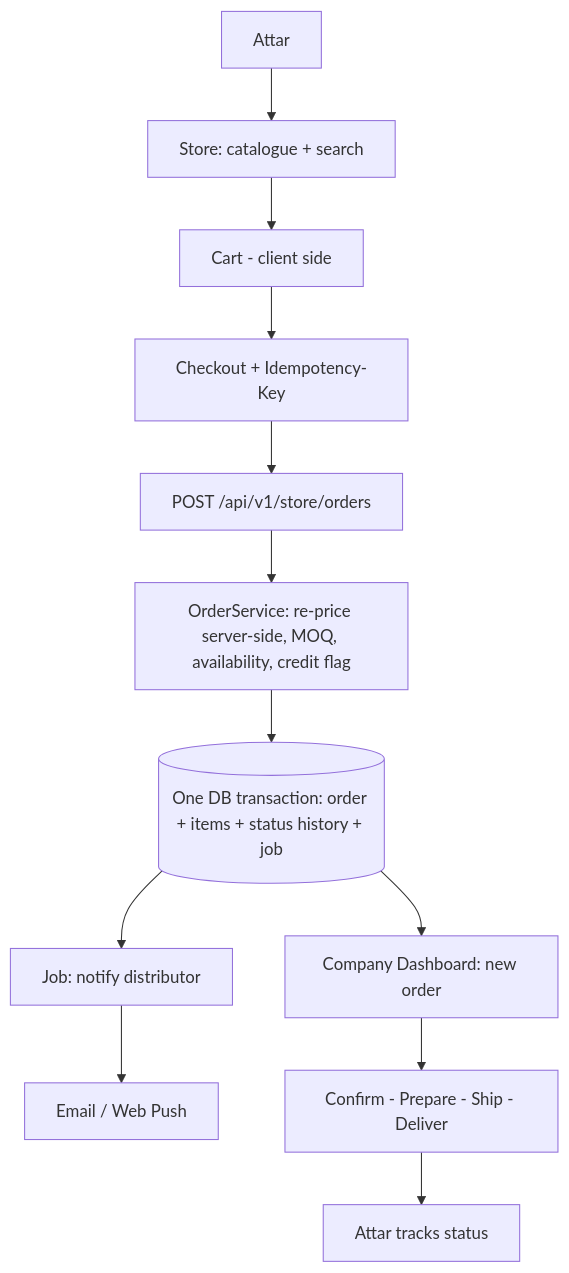
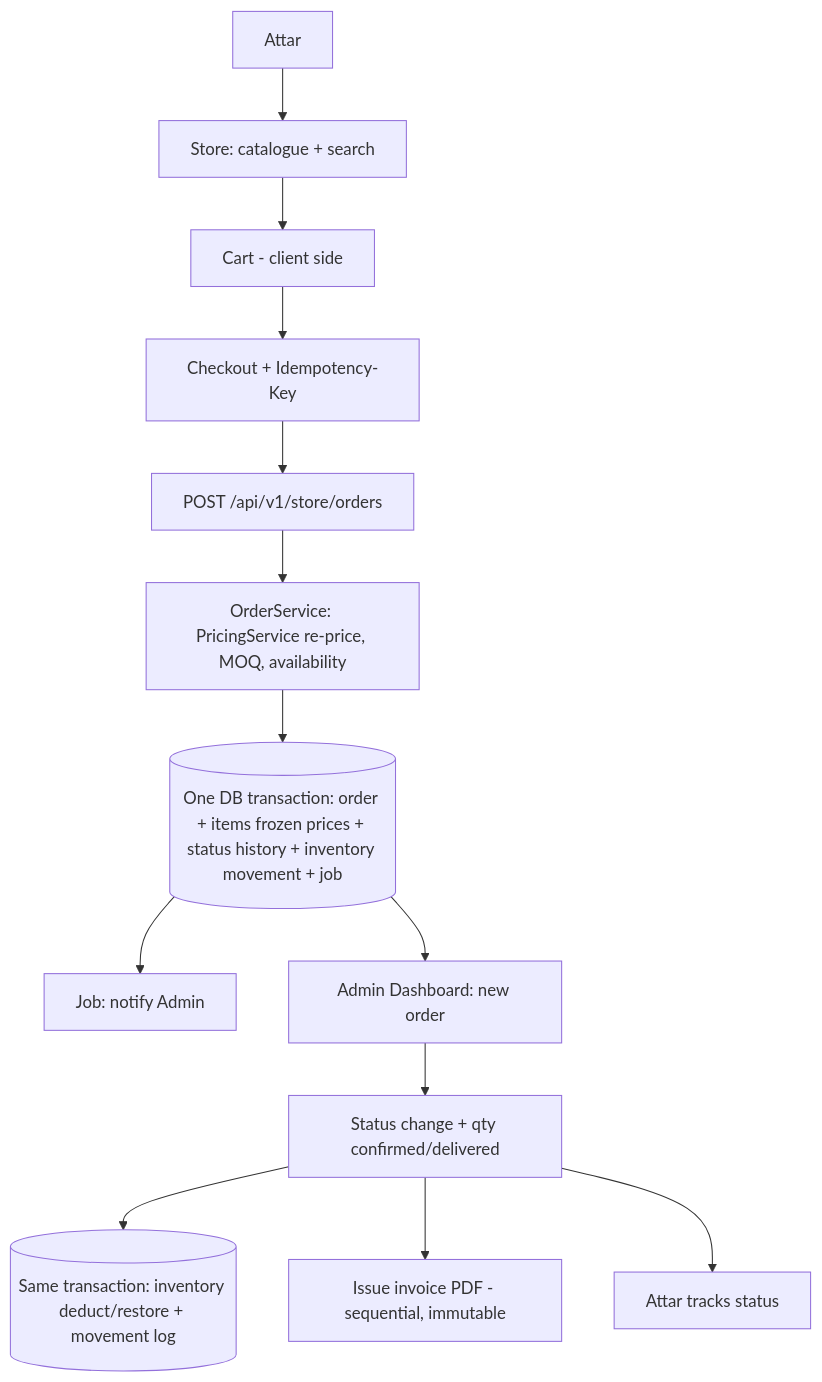
One commit to bechir-jalleli/Jomla-Go changed the third of 5 diagrams in docs/TECHNICAL_BLUEPRINT.md. Above: the diagram before and after it, drawn with Mermaid. The commit also changed other lines of this file and 36 other files, not shown here.

````diff
--- a/docs/TECHNICAL_BLUEPRINT.md
+++ b/docs/TECHNICAL_BLUEPRINT.md
@@ -357,14 +290,15 @@
 ```mermaid
 flowchart TD
   A[Attar] --> S[Store: catalogue + search]
   S --> CT[Cart - client side]
   CT --> CO[Checkout + Idempotency-Key]
   CO --> API[POST /api/v1/store/orders]
-  API --> SV[OrderService: re-price server-side, MOQ, availability, credit flag]
-  SV --> TX[(One DB transaction: order + items + status history + job)]
-  TX --> JB[Job: notify distributor]
-  JB --> EM[Email / Web Push]
-  TX --> DSH[Company Dashboard: new order]
-  DSH --> ST[Confirm - Prepare - Ship - Deliver]
+  API --> SV[OrderService: PricingService re-price, MOQ, availability]
+  SV --> TX[(One DB transaction: order + items frozen prices + status history + inventory movement + job)]
+  TX --> JB[Job: notify Admin]
+  TX --> DSH[Admin Dashboard: new order]
+  DSH --> ST[Status change + qty confirmed/delivered]
+  ST --> INV[(Same transaction: inventory deduct/restore + movement log)]
+  ST --> IV[Issue invoice PDF - sequential, immutable]
   ST --> TR[Attar tracks status]
 ```
````
